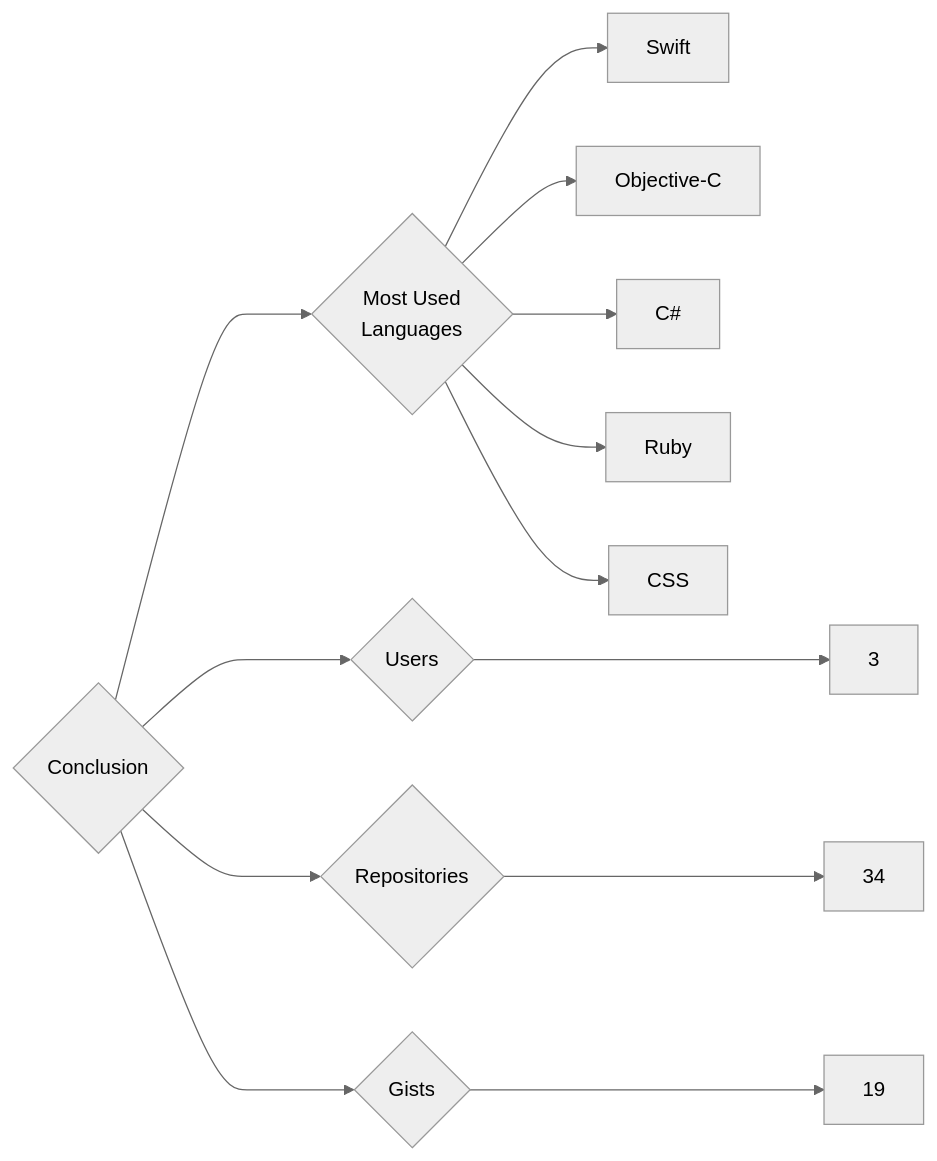
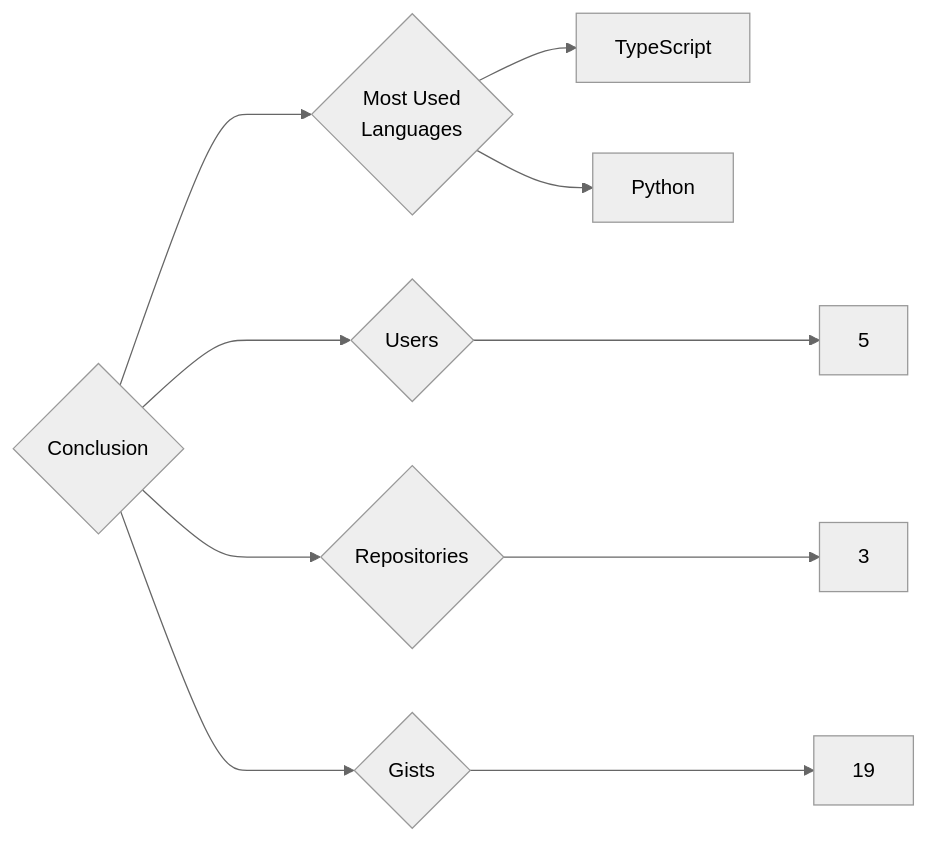
The diagram in targets/Conclusion/README.md (trickest/insiders), drawn with Mermaid (neutral theme) before and after one commit. The commit also changed 984 other files, not shown here.

````diff
--- a/targets/Conclusion/README.md
+++ b/targets/Conclusion/README.md
@@ -3,13 +3,10 @@
 ```mermaid
 graph LR
 COMPANY_NAME{Conclusion}
-COMPANY_NAME ---> U{Users} ---> UN[3]
-COMPANY_NAME ---> R{Repositories} ---> RN[34]
+COMPANY_NAME ---> U{Users} ---> UN[5]
+COMPANY_NAME ---> R{Repositories} ---> RN[3]
 COMPANY_NAME ---> G{Gists} ---> GN[19]
 COMPANY_NAME ---> ML{Most Used<br>Languages}
-ML --> Swift[Swift]
-ML --> Objective-C[Objective-C]
-ML --> C#[C#]
-ML --> Ruby[Ruby]
-ML --> CSS[CSS]
+ML --> TypeScript[TypeScript]
+ML --> Python[Python]
 ```
````
